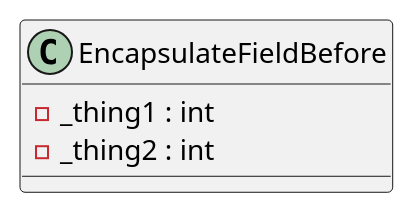
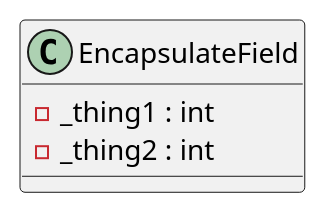
One commit to claremacrae/RefactoringSamples changed the diagram in uml/Encapsulate/Before/EncapsulateField.puml. Above: the diagram before and after it, drawn with PlantUML. The commit also changed 3 other files, not shown here.

```diff
--- a/uml/Encapsulate/Before/EncapsulateField.puml
+++ b/uml/Encapsulate/Before/EncapsulateField.puml
@@ -1,6 +1,6 @@
 @startuml
-class EncapsulateFieldBefore {
+class EncapsulateField {
     - _thing1 : int
     - _thing2 : int
 }
 @enduml
```
